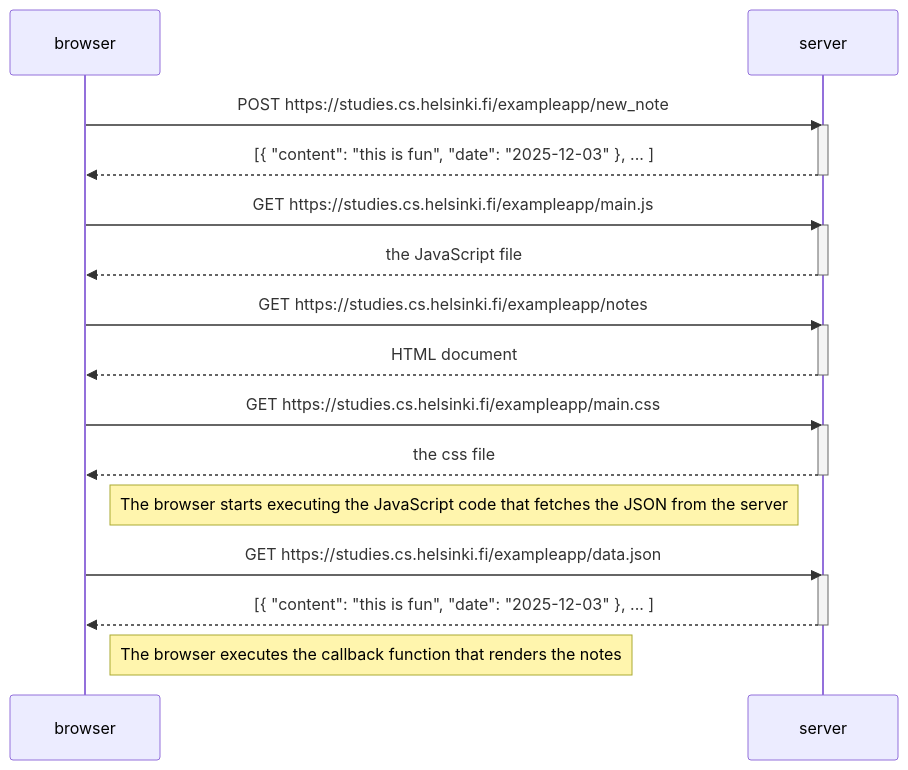
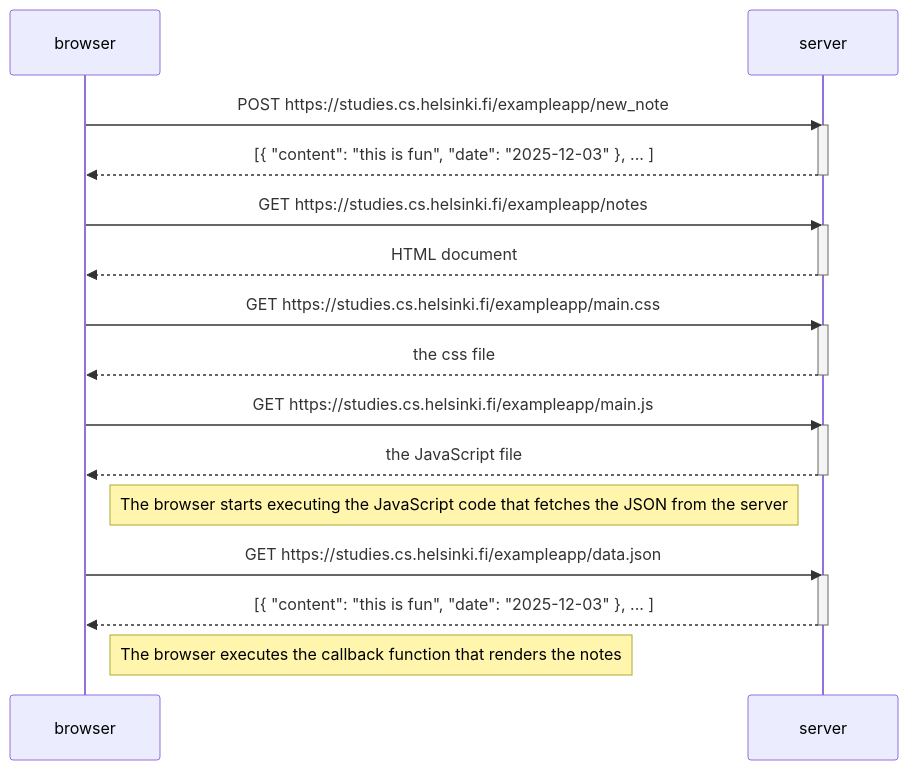
The diagram in README.md (byteGabo/wordtest), drawn with Mermaid before and after one commit. The commit also changed other lines of this file, not shown here.

````diff
--- a/README.md
+++ b/README.md
@@ -1,37 +1,37 @@
  ```mermaid
 
 sequenceDiagram
     participant browser
     participant server
 
     browser->>server: POST https://studies.cs.helsinki.fi/exampleapp/new_note
     activate server
     server-->>browser: [{ "content": "this is fun", "date": "2025-12-03" }, ... ]
     deactivate server
 
-    browser->>server: GET https://studies.cs.helsinki.fi/exampleapp/main.js
-    activate server
-    server-->>browser: the JavaScript file
-    deactivate server
-
     browser->>server: GET https://studies.cs.helsinki.fi/exampleapp/notes
     activate server
     server-->>browser: HTML document
     deactivate server
 
     browser->>server: GET https://studies.cs.helsinki.fi/exampleapp/main.css
     activate server
     server-->>browser: the css file
+    deactivate server
+
+    browser->>server: GET https://studies.cs.helsinki.fi/exampleapp/main.js
+    activate server
+    server-->>browser: the JavaScript file
     deactivate server
 
     Note right of browser: The browser starts executing the JavaScript code that fetches the JSON from the server
 
     browser->>server: GET https://studies.cs.helsinki.fi/exampleapp/data.json
     activate server
     server-->>browser: [{ "content": "this is fun", "date": "2025-12-03" }, ... ]
     deactivate server
 
     Note right of browser: The browser executes the callback function that renders the notes
 
 
 ```
````
